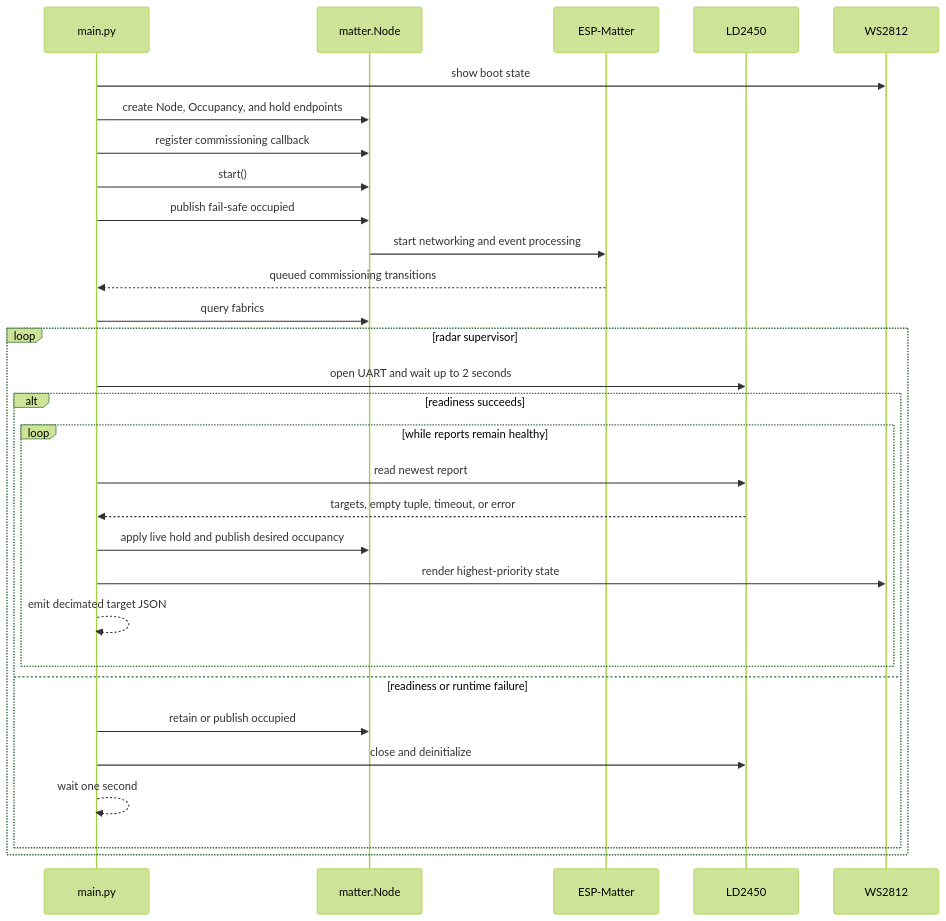
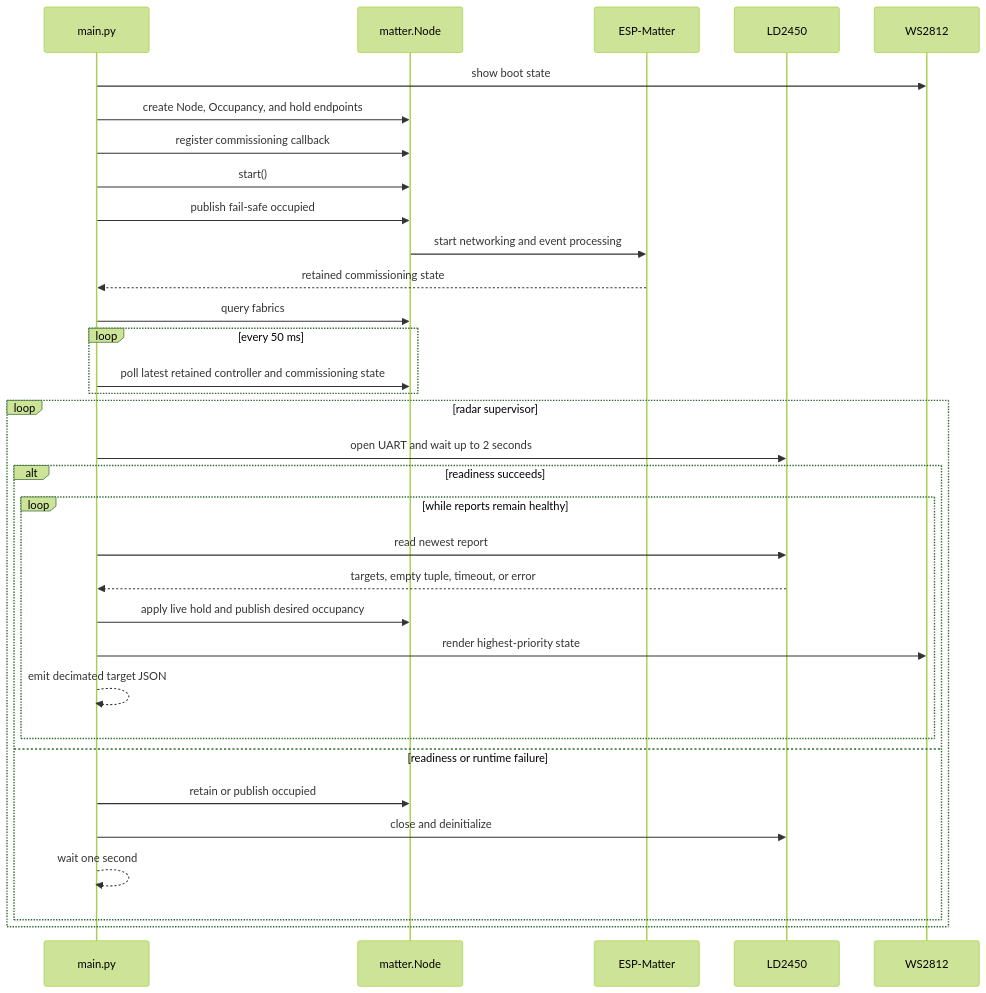
One commit to khlam/micropython-boardfarm changed the second of 3 diagrams in projects/matter-ld2450/README.md. Above: the diagram before and after it, drawn with Mermaid (forest theme). The commit also changed other lines of this file and 37 other files, not shown here.

````diff
--- a/projects/matter-ld2450/README.md
+++ b/projects/matter-ld2450/README.md
@@ -108,33 +110,36 @@
 ```mermaid
 sequenceDiagram
     participant App as main.py
     participant Matter as matter.Node
     participant CHIP as ESP-Matter
     participant Radar as LD2450
     participant LED as WS2812
 
     App->>LED: show boot state
     App->>Matter: create Node, Occupancy, and hold endpoints
     App->>Matter: register commissioning callback
     App->>Matter: start()
     App->>Matter: publish fail-safe occupied
     Matter->>CHIP: start networking and event processing
-    CHIP-->>App: queued commissioning transitions
+    CHIP-->>App: retained commissioning state
     App->>Matter: query fabrics
+    loop every 50 ms
+        App->>Matter: poll latest retained controller and commissioning state
+    end
     loop radar supervisor
         App->>Radar: open UART and wait up to 2 seconds
         alt readiness succeeds
             loop while reports remain healthy
                 App->>Radar: read newest report
                 Radar-->>App: targets, empty tuple, timeout, or error
                 App->>Matter: apply live hold and publish desired occupancy
                 App->>LED: render highest-priority state
                 App-->>App: emit decimated target JSON
             end
         else readiness or runtime failure
             App->>Matter: retain or publish occupied
             App->>Radar: close and deinitialize
             App-->>App: wait one second
         end
     end
 ```
````
